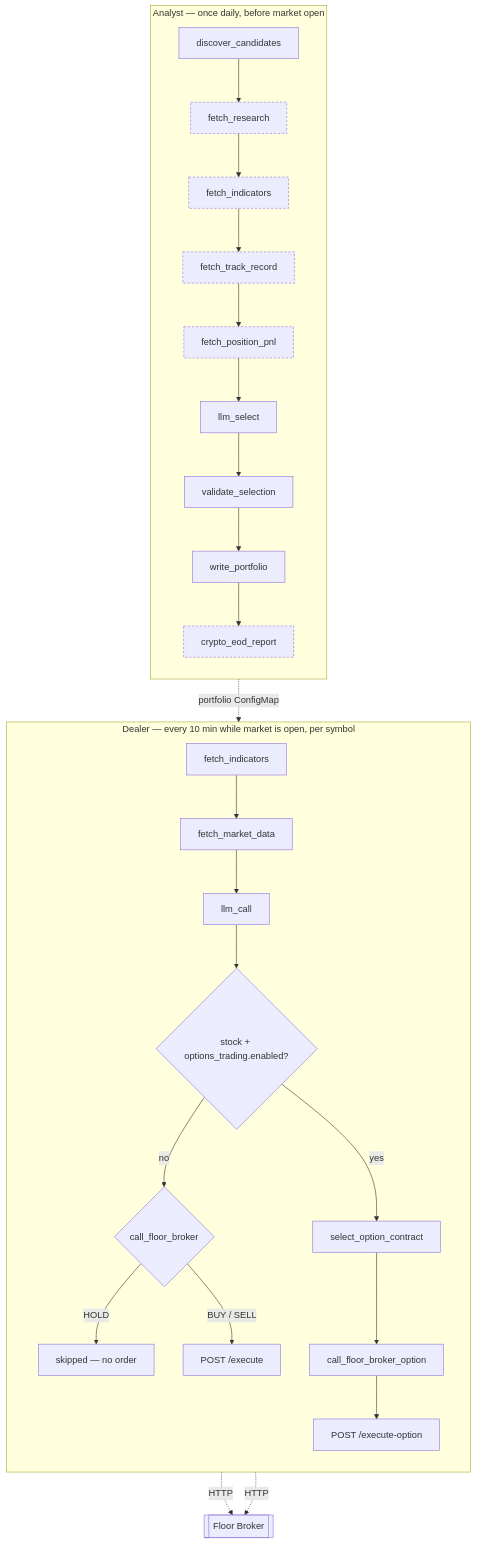
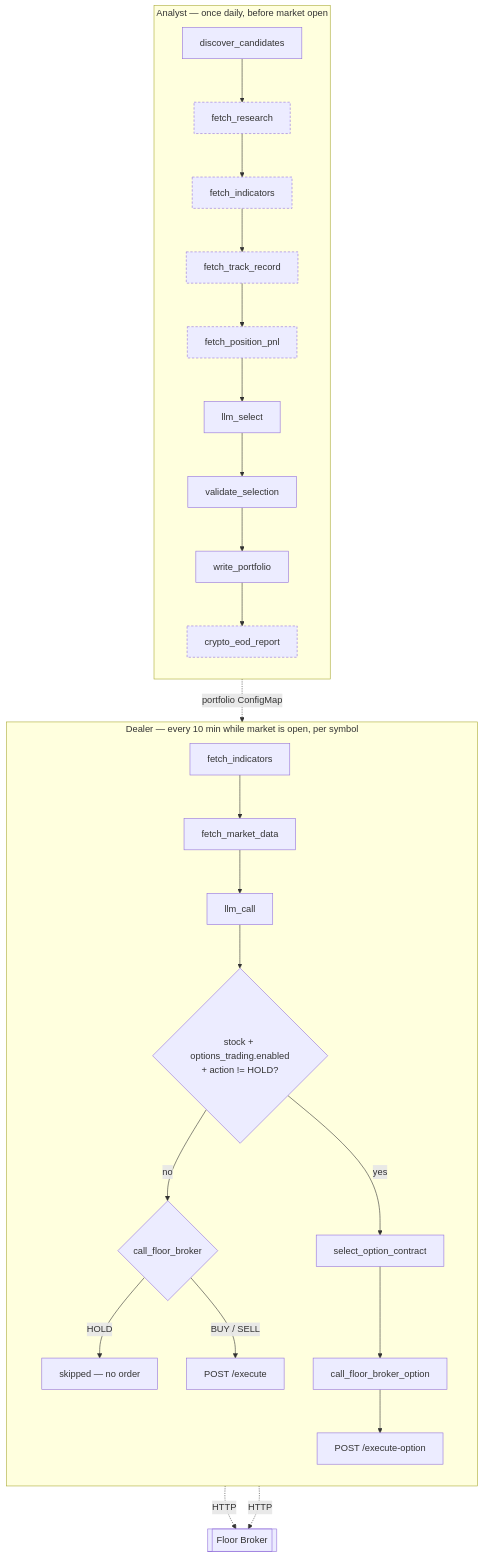
One commit to miramar-labs-org/multi-agent-ai-trader changed the diagram in README.md. Above: the diagram before and after it, drawn with Mermaid. The commit also changed other lines of this file, not shown here.

Commit message:
docs: fix stale Dealer flow diagram re: HOLD routing with options enabled
The README Dealer subgraph branched only on `stock + options_trading.enabled?`
and sent every "yes" into select_option_contract. Since PR #15,
_route_after_llm_call() also requires action != HOLD -- a stock HOLD goes to
call_floor_broker even when options are enabled. Update the decision node and
the accompanying prose line to match. docs/architecture.md was already correct.

Claude-Session: https://claude.ai/code/session_013T9HeZVGpm794Qa4yUU2Nj

````diff
--- a/README.md
+++ b/README.md
@@ -166,33 +166,33 @@
 ```mermaid
 flowchart TD
     subgraph Analyst["Analyst — once daily, before market open"]
         direction TB
         A1[discover_candidates] --> A2[fetch_research]
         A2 --> A3[fetch_indicators]
         A3 --> A4[fetch_track_record]
         A4 --> A5[fetch_position_pnl]
         A5 --> A6[llm_select]
         A6 --> A7[validate_selection]
         A7 --> A8[write_portfolio]
         A8 --> A9[crypto_eod_report]
     end
 
     subgraph Dealer["Dealer — every 10 min while market is open, per symbol"]
         direction TB
         D1[fetch_indicators] --> D1b[fetch_market_data]
         D1b --> D2[llm_call]
-        D2 --> D3{"stock + options_trading.enabled?"}
+        D2 --> D3{"stock + options_trading.enabled<br/>+ action != HOLD?"}
         D3 -->|no| D6{call_floor_broker}
         D6 -->|HOLD| D4["skipped — no order"]
         D6 -->|BUY / SELL| D5["POST /execute"]
         D3 -->|yes| D7[select_option_contract] --> D8[call_floor_broker_option]
         D8 --> D9["POST /execute-option"]
     end
 
     A8 -.->|portfolio ConfigMap| D1
     D5 -.->|HTTP| FB[[Floor Broker]]
     D9 -.->|HTTP| FB
 
     classDef gated stroke-dasharray: 4 3
     class A2,A3,A4,A5,A9 gated
 ```
````
